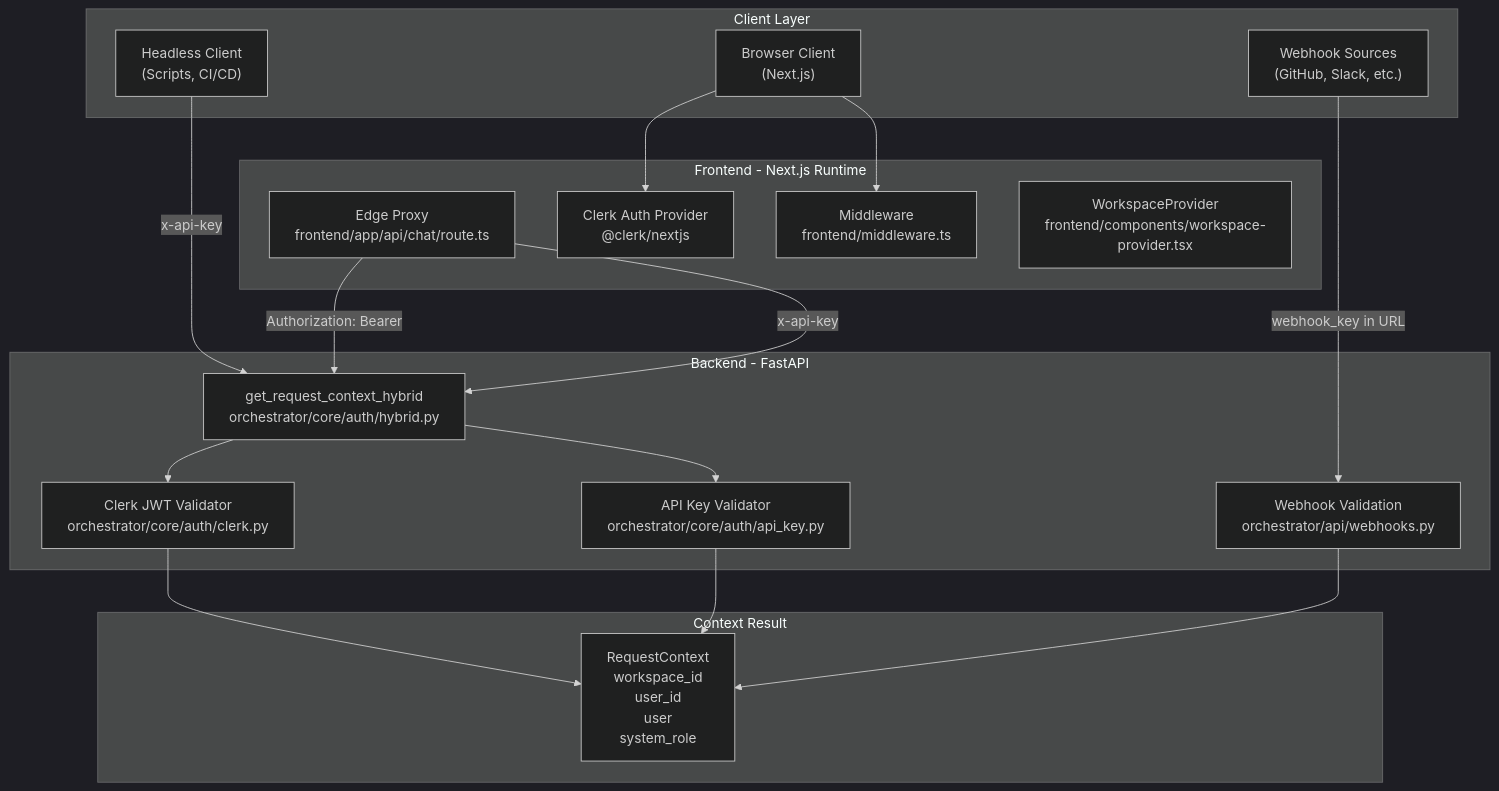
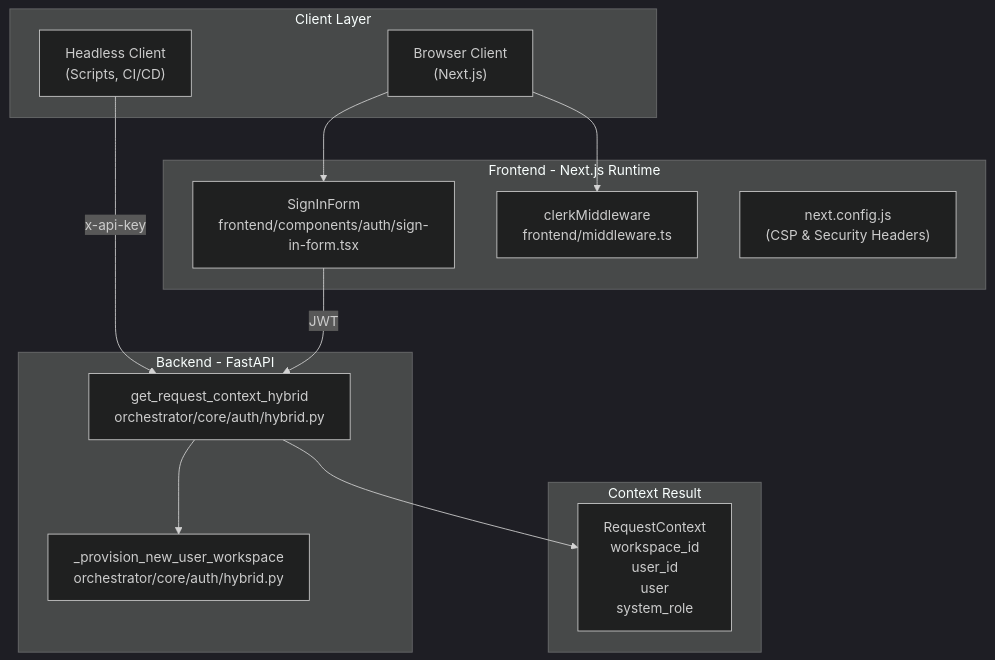
Before and after one commit to AutomatosAI/automatos-ai: the first of 2 diagrams in docs/authentication-multi-tenancy/authentication-flow.md, drawn with Mermaid (dark theme). The commit also changed other lines of this file and 153 other files, not shown here.

````diff
--- a/docs/authentication-multi-tenancy/authentication-flow.md
+++ b/docs/authentication-multi-tenancy/authentication-flow.md
@@ -52,41 +41,30 @@
 ```mermaid
 graph TB
     subgraph "Client Layer"
         Browser["Browser Client<br/>(Next.js)"]
         Headless["Headless Client<br/>(Scripts, CI/CD)"]
-        Webhooks["Webhook Sources<br/>(GitHub, Slack, etc.)"]
     end
     
     subgraph "Frontend - Next.js Runtime"
-        EdgeProxy["Edge Proxy<br/>frontend/app/api/chat/route.ts"]
-        ClerkProvider["Clerk Auth Provider<br/>@clerk/nextjs"]
-        Middleware["Middleware<br/>frontend/middleware.ts"]
-        WorkspaceProvider["WorkspaceProvider<br/>frontend/components/workspace-provider.tsx"]
+        SignInForm["SignInForm<br/>frontend/components/auth/sign-in-form.tsx"]
+        ClerkMiddleware["clerkMiddleware<br/>frontend/middleware.ts"]
+        NextConfig["next.config.js<br/>(CSP & Security Headers)"]
     end
     
     subgraph "Backend - FastAPI"
         HybridAuth["get_request_context_hybrid<br/>orchestrator/core/auth/hybrid.py"]
-        ClerkValidator["Clerk JWT Validator<br/>orchestrator/core/auth/clerk.py"]
-        APIKeyValidator["API Key Validator<br/>orchestrator/core/auth/api_key.py"]
-        WebhookAuth["Webhook Validation<br/>orchestrator/api/webhooks.py"]
+        Provisioning["_provision_new_user_workspace<br/>orchestrator/core/auth/hybrid.py"]
     end
     
     subgraph "Context Result"
         ReqContext["RequestContext<br/>workspace_id<br/>user_id<br/>user<br/>system_role"]
     end
     
-    Browser --> ClerkProvider
-    Browser --> Middleware
+    Browser --> SignInForm
+    Browser --> ClerkMiddleware
     Headless -->|x-api-key| HybridAuth
-    Webhooks -->|webhook_key in URL| WebhookAuth
     
-    EdgeProxy -->|Authorization: Bearer| HybridAuth
-    EdgeProxy -->|x-api-key| HybridAuth
-    
-    HybridAuth --> ClerkValidator
-    HybridAuth --> APIKeyValidator
-    
-    ClerkValidator --> ReqContext
-    APIKeyValidator --> ReqContext
-    WebhookAuth --> ReqContext
+    SignInForm -->|JWT| HybridAuth
+    HybridAuth --> Provisioning
+    HybridAuth --> ReqContext
 ```
````
